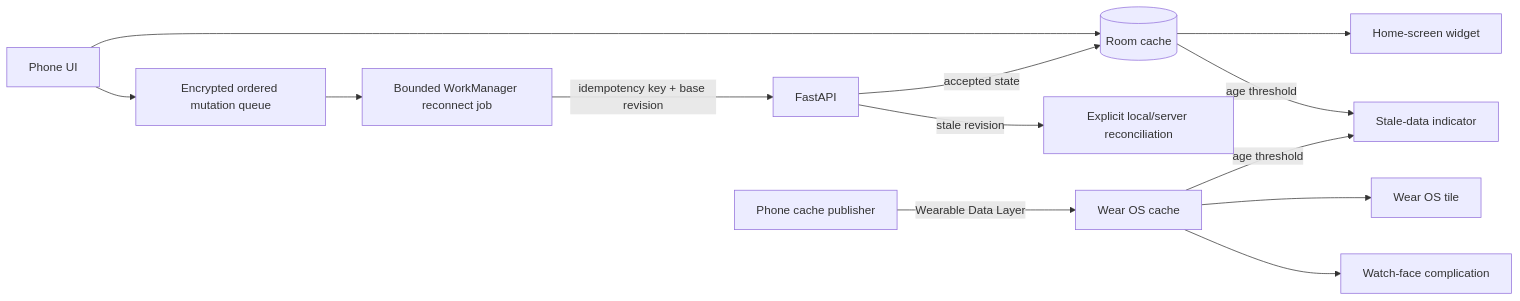
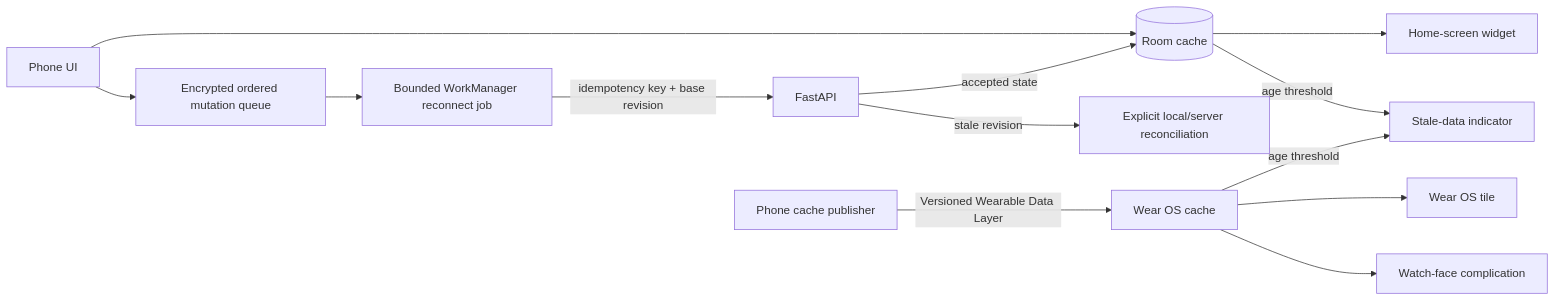
One commit to Captainpax/littleorbit changed the ninth of 12 diagrams in docs/NETWORK-FLOW.md. Above: the diagram before and after it, drawn with Mermaid. The commit also changed other lines of this file and 108 other files, not shown here.

````diff
--- a/docs/NETWORK-FLOW.md
+++ b/docs/NETWORK-FLOW.md
@@ -174,15 +201,15 @@
 ```mermaid
 flowchart LR
     UI[Phone UI] --> Room[(Room cache)]
     UI --> Queue[Encrypted ordered mutation queue]
     Queue --> Work[Bounded WorkManager reconnect job]
     Work -->|idempotency key + base revision| API[FastAPI]
     API -->|accepted state| Room
     API -->|stale revision| Conflict[Explicit local/server reconciliation]
-    Phone[Phone cache publisher] -->|Wearable Data Layer| Watch[Wear OS cache]
+    Phone[Phone cache publisher] -->|Versioned Wearable Data Layer| Watch[Wear OS cache]
     Room --> Widget[Home-screen widget]
     Watch --> Tile[Wear OS tile]
     Watch --> Complication[Watch-face complication]
     Room -->|age threshold| Stale[Stale-data indicator]
     Watch -->|age threshold| Stale
 ```
````
